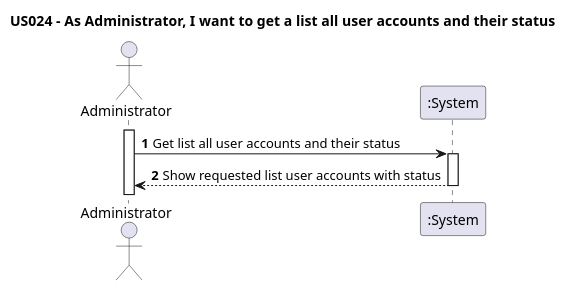
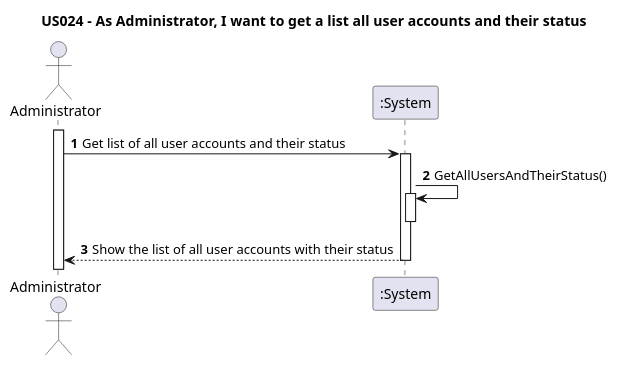
Before and after one commit to nunogon1211787/projectManagement: the diagram in docs/Sprint3/US024/US024-SSD.puml, drawn with PlantUML. The commit also changed 10 other files, not shown here.

Commit message:
US024: Design: redo SSD, DM (excerpt), CD and SD to a DDD/Onion Architecture/Restful API project. Resolve #145

```diff
--- a/docs/Sprint3/US024/US024-SSD.puml
+++ b/docs/Sprint3/US024/US024-SSD.puml
@@ -1,17 +1,19 @@
 @startuml
 'https://plantuml.com/sequence-diagram
 
 title US024 - As Administrator, I want to get a list all user accounts and their status
 
 autoactivate on
 autonumber
 
 actor "Administrator" as Administrator
 participant ":System" as System
 
 activate Administrator
 
-Administrator -> System: Get list all user accounts and their status
-System --> Administrator: Show requested list user accounts with status
+Administrator -> System: Get list of all user accounts and their status
+System -> System : GetAllUsersAndTheirStatus()
+deactivate
+System --> Administrator: Show the list of all user accounts with their status
 
 @enduml
```
